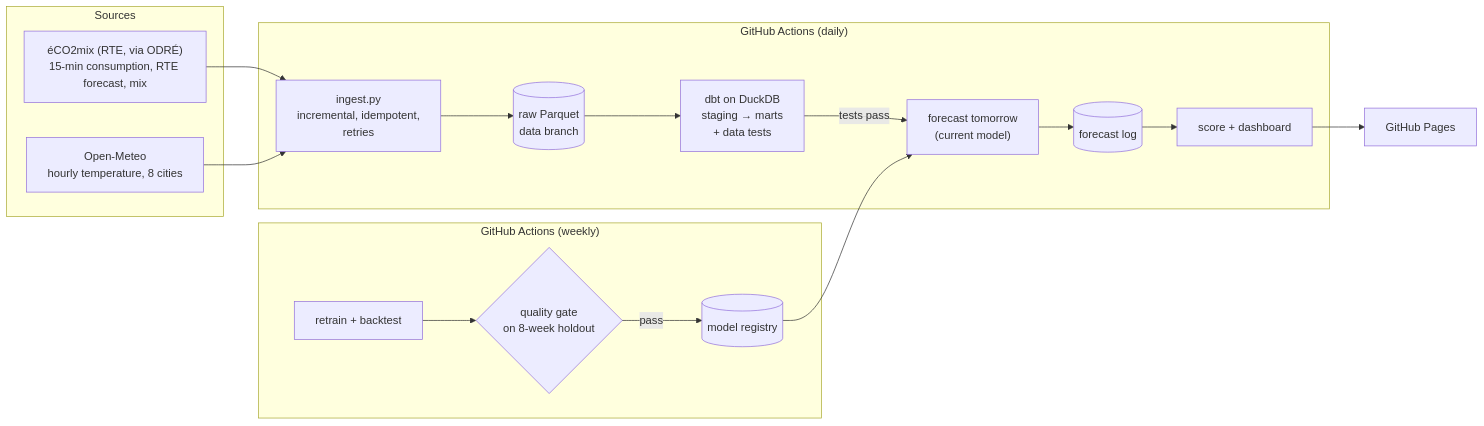
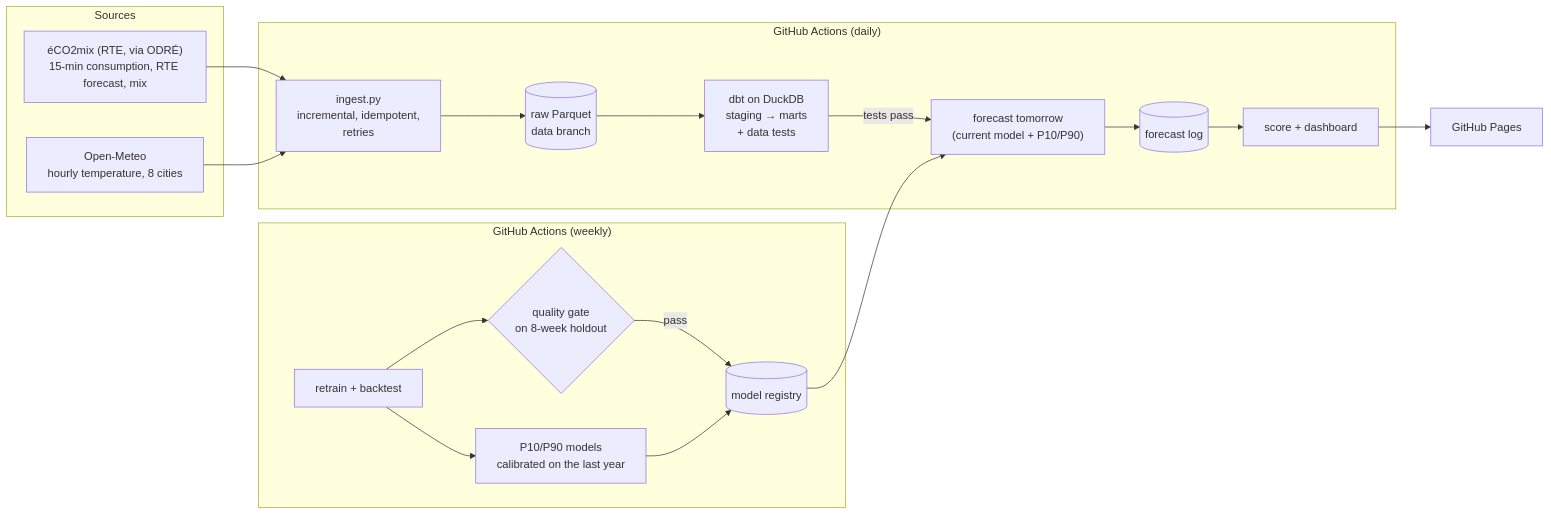
One commit to Oradixx/france-grid-forecast changed the diagram in README.md. Above: the diagram before and after it, drawn with Mermaid. The commit also changed other lines of this file and 8 other files, not shown here.

````diff
--- a/README.md
+++ b/README.md
@@ -21,22 +21,23 @@
 ```mermaid
 flowchart LR
     subgraph Sources
         E["éCO2mix (RTE, via ODRÉ)<br/>15-min consumption, RTE forecast, mix"]
         W["Open-Meteo<br/>hourly temperature, 8 cities"]
     end
     subgraph "GitHub Actions (daily)"
         I["ingest.py<br/>incremental, idempotent,<br/>retries"] --> R[("raw Parquet<br/>data branch")]
         R --> D["dbt on DuckDB<br/>staging → marts<br/>+ data tests"]
-        D -->|tests pass| F["forecast tomorrow<br/>(current model)"]
+        D -->|tests pass| F["forecast tomorrow<br/>(current model + P10/P90)"]
         F --> L[("forecast log")]
         L --> S["score + dashboard"]
     end
     subgraph "GitHub Actions (weekly)"
         T["retrain + backtest"] --> G{"quality gate<br/>on 8-week holdout"}
         G -->|pass| M[("model registry")]
+        T --> Q["P10/P90 models<br/>calibrated on the last year"] --> M
     end
     E --> I
     W --> I
     M --> F
     S --> P["GitHub Pages"]
 ```
````
